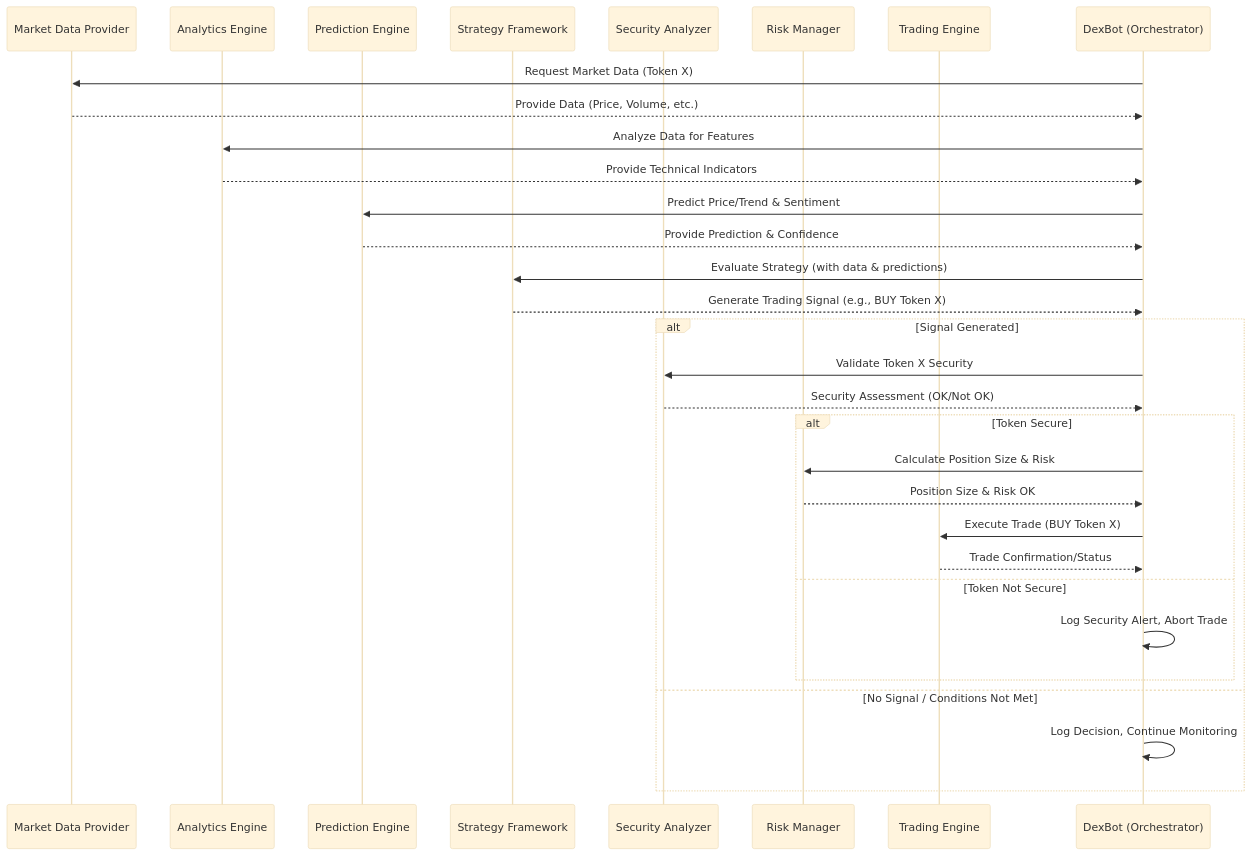
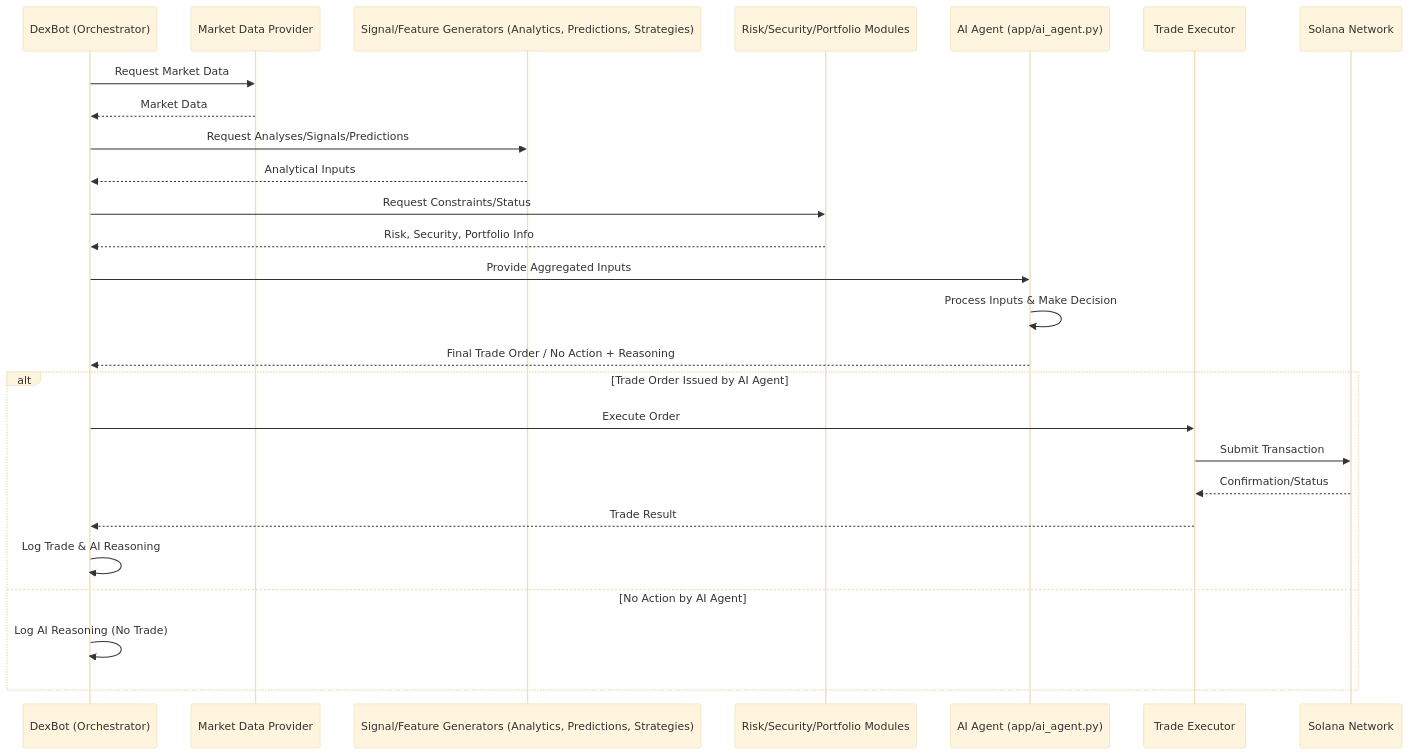
One commit to Alzok/NumerusX changed the second of 2 diagrams in README.md. Above: the diagram before and after it, drawn with Mermaid (base theme). The commit also changed other lines of this file and 21 other files, not shown here.

First line of the commit message:
Implements advanced trading strategy and dashboard

````diff
--- a/README.md
+++ b/README.md
@@ -102,34 +102,31 @@
 ```mermaid
 sequenceDiagram
-    participant MD as Market Data Provider
-    participant AE as Analytics Engine
-    participant PE as Prediction Engine
-    participant SF as Strategy Framework
-    participant Sec as Security Analyzer
-    participant RM as Risk Manager
-    participant TE as Trading Engine
-    participant DB as DexBot (Orchestrator)
+    participant Orchestrator as DexBot (Orchestrator)
+    participant DataProvider as Market Data Provider
+    participant FeatureProviders as Signal/Feature Generators (Analytics, Predictions, Strategies)
+    participant RiskSecPort as Risk/Security/Portfolio Modules
+    participant AIAgent as AI Agent (app/ai_agent.py)
+    participant Executor as Trade Executor
+    participant Blockchain as Solana Network
 
-    DB->>MD: Request Market Data (Token X)
-    MD-->>DB: Provide Data (Price, Volume, etc.)
-    DB->>AE: Analyze Data for Features
-    AE-->>DB: Provide Technical Indicators
-    DB->>PE: Predict Price/Trend & Sentiment
-    PE-->>DB: Provide Prediction & Confidence
-    DB->>SF: Evaluate Strategy (with data & predictions)
-    SF-->>DB: Generate Trading Signal (e.g., BUY Token X)
-    alt Signal Generated
-        DB->>Sec: Validate Token X Security
-        Sec-->>DB: Security Assessment (OK/Not OK)
-        alt Token Secure
-            DB->>RM: Calculate Position Size & Risk
-            RM-->>DB: Position Size & Risk OK
-            DB->>TE: Execute Trade (BUY Token X)
-            TE-->>DB: Trade Confirmation/Status
-        else Token Not Secure
-            DB->>DB: Log Security Alert, Abort Trade
-        end
-    else No Signal / Conditions Not Met
-         DB->>DB: Log Decision, Continue Monitoring
+    Orchestrator->>DataProvider: Request Market Data
+    DataProvider-->>Orchestrator: Market Data
+    Orchestrator->>FeatureProviders: Request Analyses/Signals/Predictions
+    FeatureProviders-->>Orchestrator: Analytical Inputs
+    Orchestrator->>RiskSecPort: Request Constraints/Status
+    RiskSecPort-->>Orchestrator: Risk, Security, Portfolio Info
+
+    Orchestrator->>AIAgent: Provide Aggregated Inputs
+    AIAgent->>AIAgent: Process Inputs & Make Decision
+    AIAgent-->>Orchestrator: Final Trade Order / No Action + Reasoning
+
+    alt Trade Order Issued by AI Agent
+        Orchestrator->>Executor: Execute Order
+        Executor->>Blockchain: Submit Transaction
+        Blockchain-->>Executor: Confirmation/Status
+        Executor-->>Orchestrator: Trade Result
+        Orchestrator->>Orchestrator: Log Trade & AI Reasoning
+    else No Action by AI Agent
+        Orchestrator->>Orchestrator: Log AI Reasoning (No Trade)
     end
 ```
````
